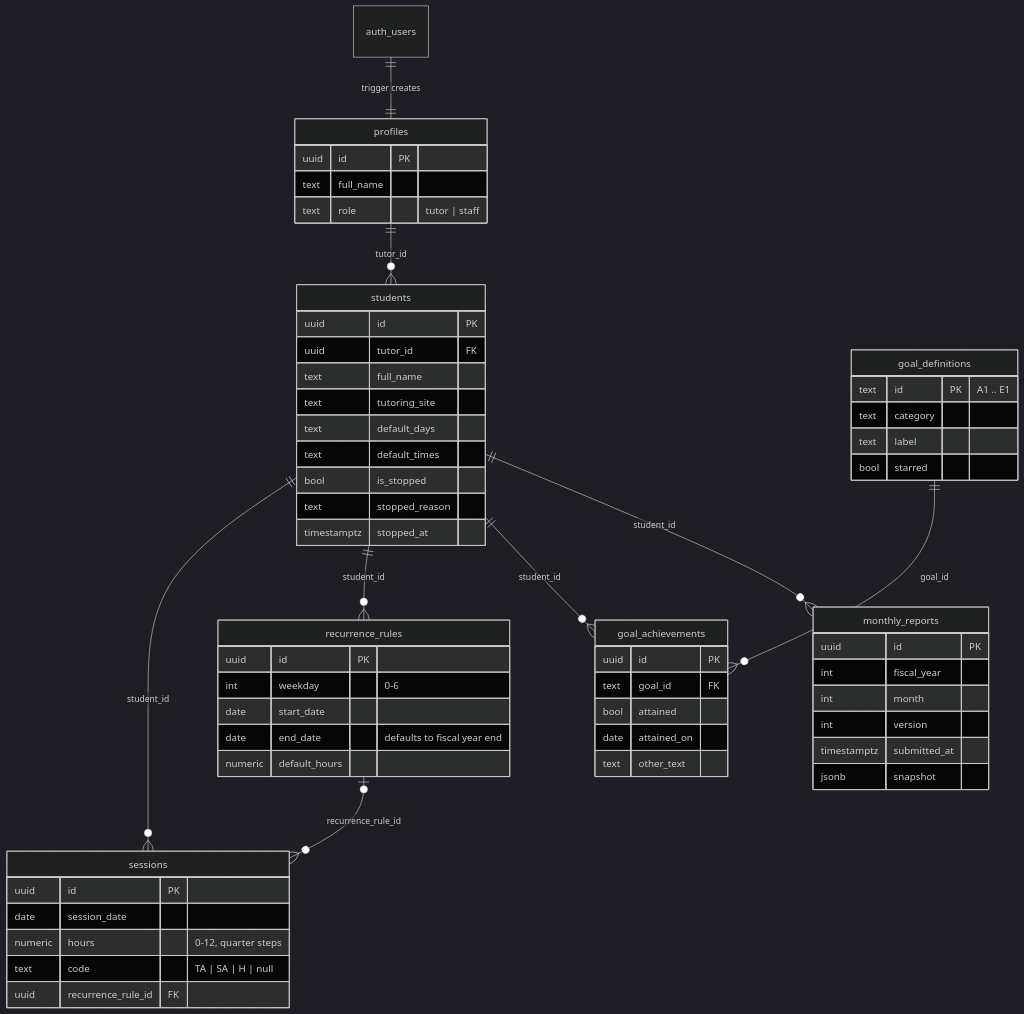
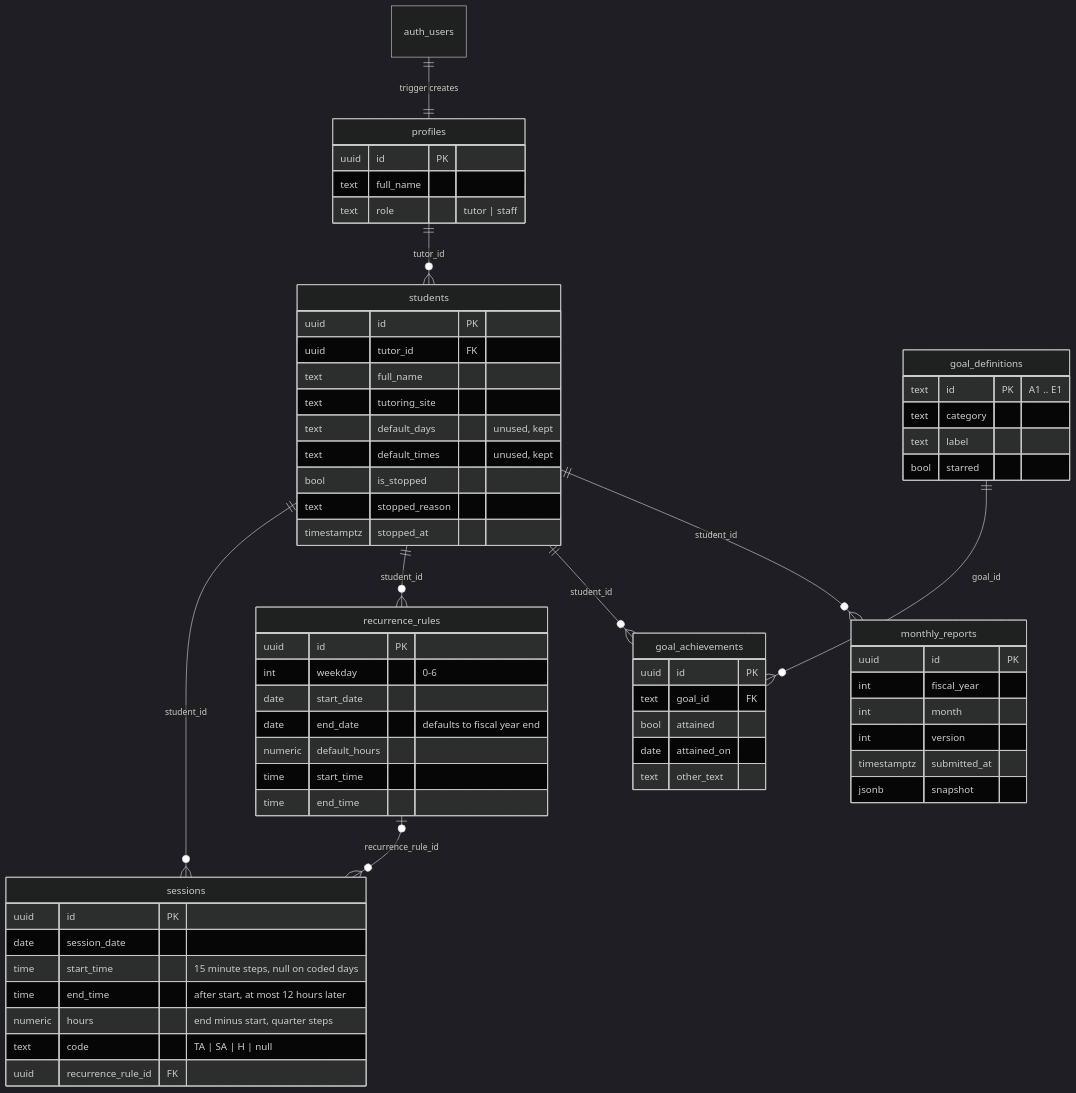
The diagram in README.md (lukemeng88/lvaep-tutor-reports), drawn with Mermaid (dark theme) before and after one commit. The commit also changed other lines of this file and 23 other files, not shown here.

````diff
--- a/README.md
+++ b/README.md
@@ -144,63 +144,67 @@
 ```mermaid
 erDiagram
   auth_users ||--|| profiles : "trigger creates"
   profiles ||--o{ students : "tutor_id"
   students ||--o{ sessions : "student_id"
   students ||--o{ recurrence_rules : "student_id"
   recurrence_rules o|--o{ sessions : "recurrence_rule_id"
   students ||--o{ goal_achievements : "student_id"
   goal_definitions ||--o{ goal_achievements : "goal_id"
   students ||--o{ monthly_reports : "student_id"
 
   profiles {
     uuid id PK
     text full_name
     text role "tutor | staff"
   }
   students {
     uuid id PK
     uuid tutor_id FK
     text full_name
     text tutoring_site
-    text default_days
-    text default_times
+    text default_days "unused, kept"
+    text default_times "unused, kept"
     bool is_stopped
     text stopped_reason
     timestamptz stopped_at
   }
   recurrence_rules {
     uuid id PK
     int weekday "0-6"
     date start_date
     date end_date "defaults to fiscal year end"
     numeric default_hours
+    time start_time
+    time end_time
   }
   sessions {
     uuid id PK
     date session_date
-    numeric hours "0-12, quarter steps"
+    time start_time "15 minute steps, null on coded days"
+    time end_time "after start, at most 12 hours later"
+    numeric hours "end minus start, quarter steps"
     text code "TA | SA | H | null"
     uuid recurrence_rule_id FK
   }
   goal_definitions {
     text id PK "A1 .. E1"
     text category
     text label
     bool starred
   }
   goal_achievements {
     uuid id PK
     text goal_id FK
     bool attained
     date attained_on
     text other_text
   }
   monthly_reports {
     uuid id PK
     int fiscal_year
     int month
     int version
     timestamptz submitted_at
     jsonb snapshot
   }
 ```
````
